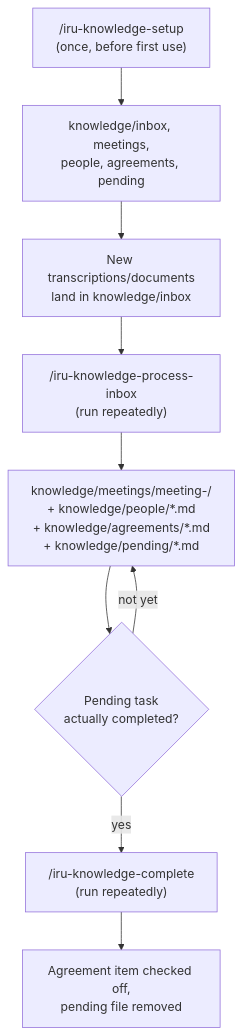
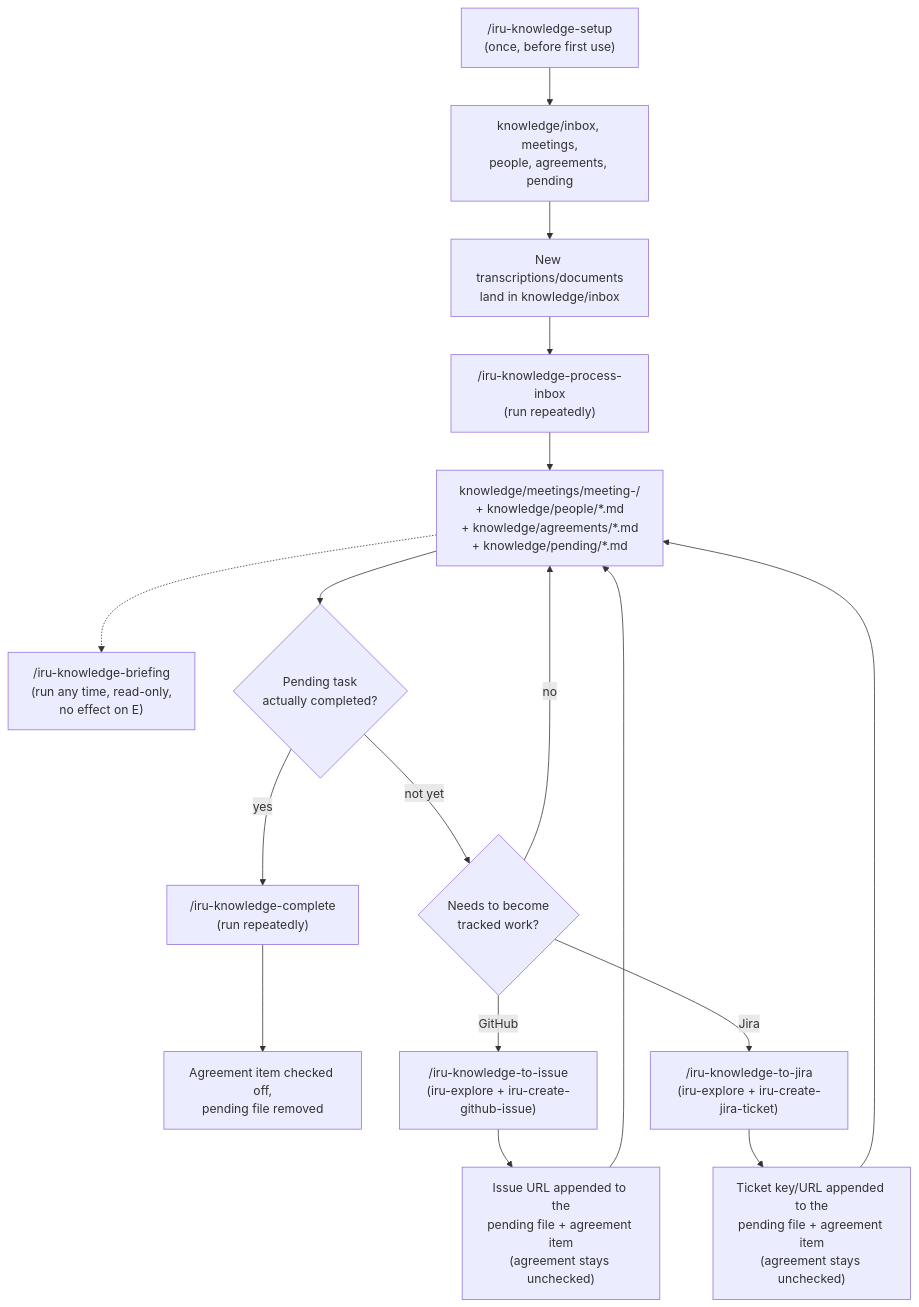
Before and after one commit to albertoirurueta/ai-catalog: the seventh of 8 diagrams in docs/modules/ROOT/pages/index.adoc, drawn with Mermaid. The commit also changed other lines of this file and 10 other files, not shown here.

```diff
--- a/docs/modules/ROOT/pages/index.adoc
+++ b/docs/modules/ROOT/pages/index.adoc
@@ -954,12 +998,20 @@
 [mermaid]
 ....
 flowchart TD
     A["/iru-knowledge-setup\n(once, before first use)"] --> B["knowledge/inbox, meetings,\npeople, agreements, pending"]
     B --> C["New transcriptions/documents\nland in knowledge/inbox"]
     C --> D["/iru-knowledge-process-inbox\n(run repeatedly)"]
     D --> E["knowledge/meetings/meeting-<timestamp>/\n+ knowledge/people/*.md\n+ knowledge/agreements/*.md\n+ knowledge/pending/*.md"]
+    E -.-> Br["/iru-knowledge-briefing <subject>\n(run any time, read-only,\nno effect on E)"]
     E --> F{"Pending task\nactually completed?"}
     F -- yes --> G["/iru-knowledge-complete <task-id>\n(run repeatedly)"]
     G --> H["Agreement item checked off,\npending file removed"]
-    F -- not yet --> E
+    F -- not yet --> I{"Needs to become\ntracked work?"}
+    I -- GitHub --> J["/iru-knowledge-to-issue\n(iru-explore + iru-create-github-issue)"]
+    I -- Jira --> J2["/iru-knowledge-to-jira\n(iru-explore + iru-create-jira-ticket)"]
+    J --> K["Issue URL appended to the\npending file + agreement item\n(agreement stays unchecked)"]
+    J2 --> K2["Ticket key/URL appended to the\npending file + agreement item\n(agreement stays unchecked)"]
+    K --> E
+    K2 --> E
+    I -- no --> E
 ....
```
